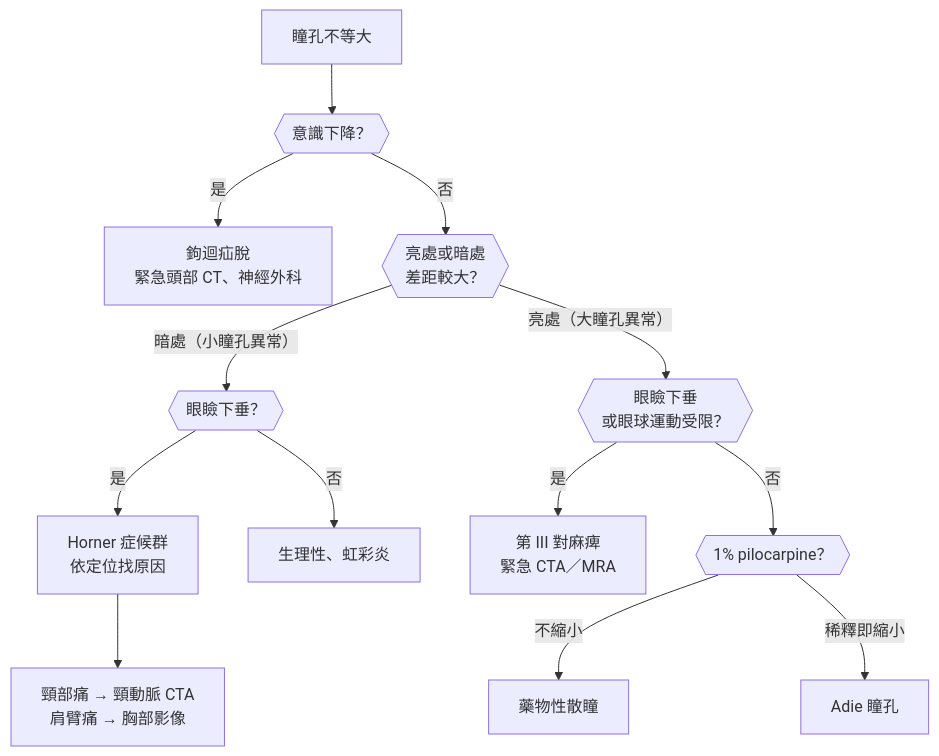
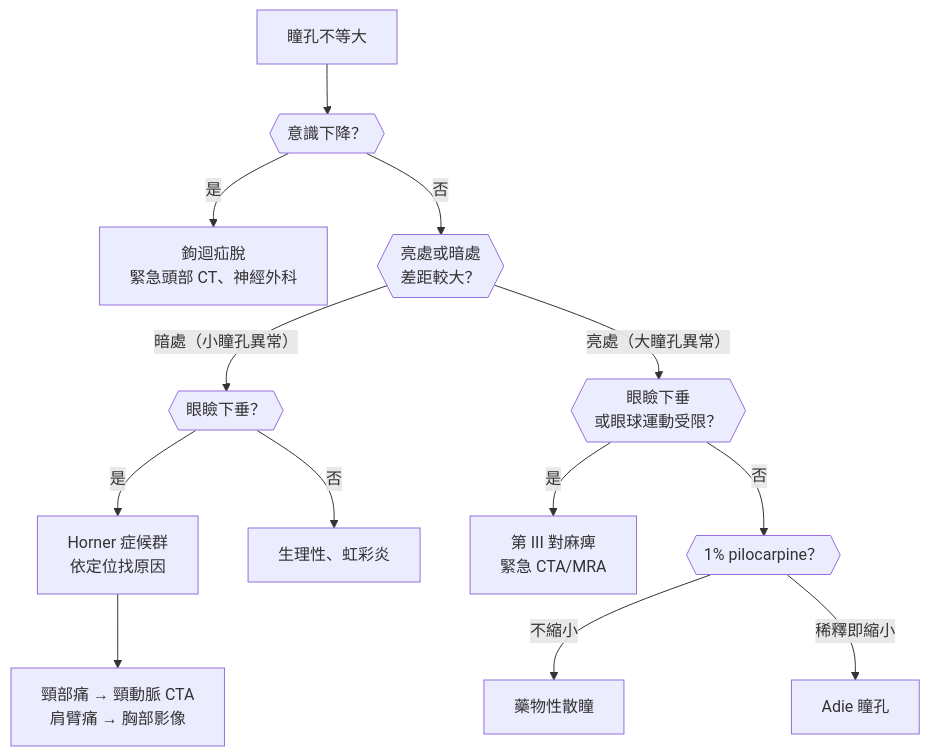
The second of 5 diagrams in frontend/content/clinical/complaints/heent.md (phantominor/phantomography), drawn with Mermaid before and after one commit. The commit also changed other lines of this file and 31 other files, not shown here.

````diff
--- a/frontend/content/clinical/complaints/heent.md
+++ b/frontend/content/clinical/complaints/heent.md
@@ -533,15 +533,15 @@
 ```mermaid 瞳孔不等大的評估
 flowchart TD
   A["瞳孔不等大"]:::start --> B{{"意識下降？"}}
   B -->|"是"| C["鉤迴疝脫<br/>緊急頭部 CT、神經外科"]:::danger
   B -->|"否"| D{{"亮處或暗處<br/>差距較大？"}}
   D -->|"暗處（小瞳孔異常）"| E{{"眼瞼下垂？"}}
   E -->|"是"| F["Horner 症候群<br/>依定位找原因"]:::key
   E -->|"否"| G["生理性、虹彩炎"]
   F --> H["頸部痛 → 頸動脈 CTA<br/>肩臂痛 → 胸部影像"]:::danger
   D -->|"亮處（大瞳孔異常）"| I{{"眼瞼下垂<br/>或眼球運動受限？"}}
-  I -->|"是"| J["第 III 對麻痺<br/>緊急 CTA／MRA"]:::danger
+  I -->|"是"| J["第 III 對麻痺<br/>緊急 CTA/MRA"]:::danger
   I -->|"否"| K{{"1% pilocarpine？"}}
   K -->|"不縮小"| L["藥物性散瞳"]
   K -->|"稀釋即縮小"| M["Adie 瞳孔"]
 ```
````
